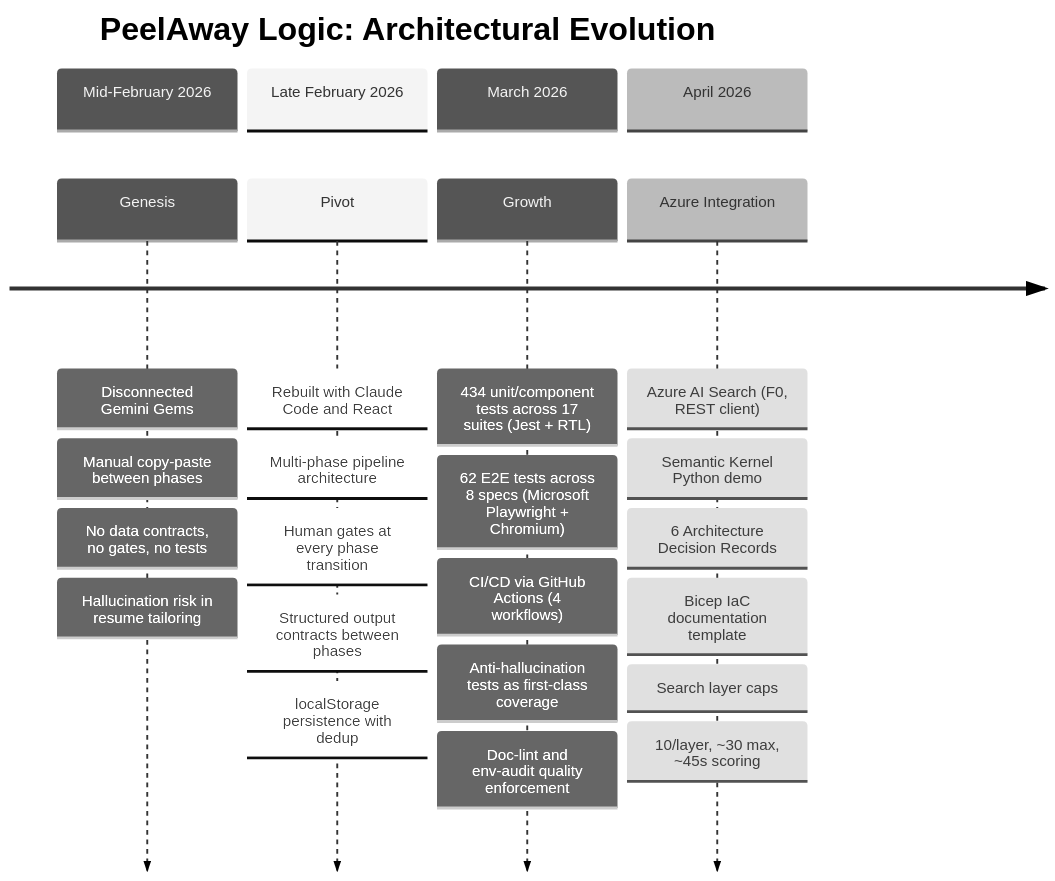
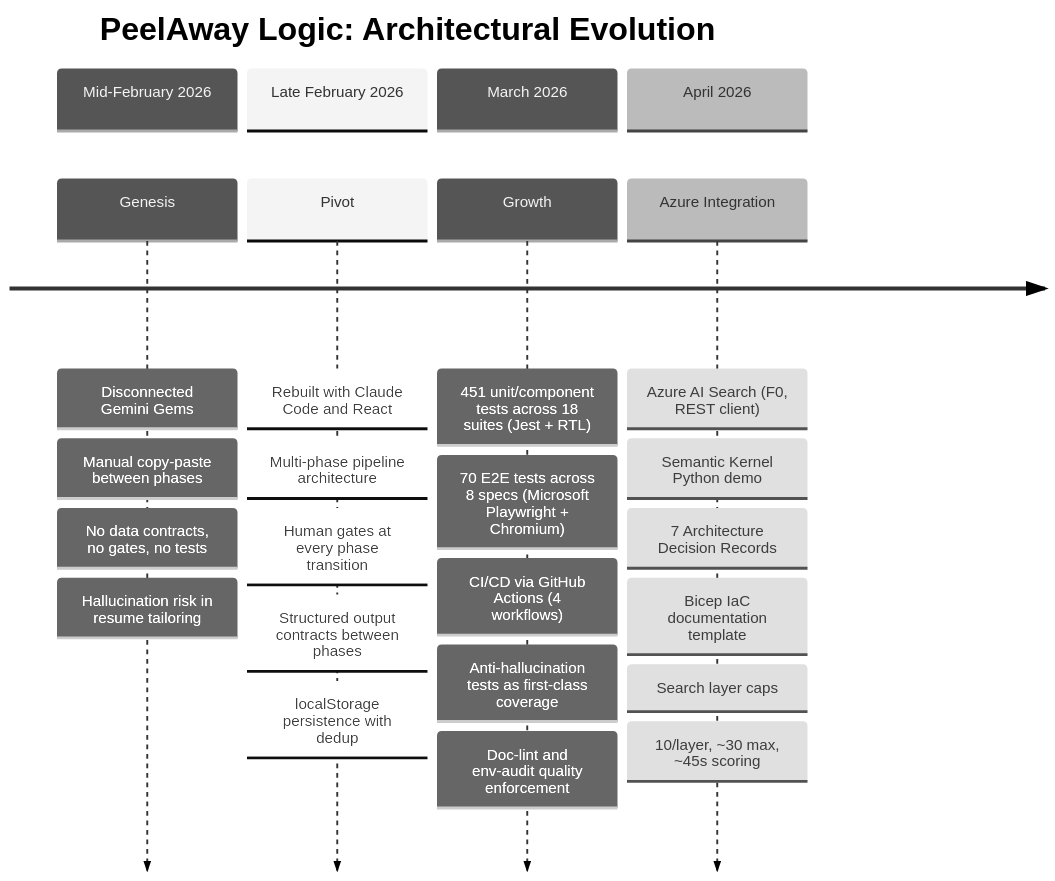
One commit to CarmenReed/AI-Claude-Code-Ecosystem changed the fifth of 5 diagrams in peelaway-logic/docs/architecture/ARCHITECTURE.md. Above: the diagram before and after it, drawn with Mermaid (neutral theme). The commit also changed other lines of this file and 9 other files, not shown here.

First line of the commit message:
docs(peelaway-logic): fix architecture audit findings and sync with actual repo

````diff
--- a/peelaway-logic/docs/architecture/ARCHITECTURE.md
+++ b/peelaway-logic/docs/architecture/ARCHITECTURE.md
@@ -142,27 +151,27 @@
 ```mermaid
 timeline
     title PeelAway Logic: Architectural Evolution
     section Mid-February 2026
         Genesis : Disconnected Gemini Gems
                 : Manual copy-paste between phases
                 : No data contracts, no gates, no tests
                 : Hallucination risk in resume tailoring
     section Late February 2026
         Pivot : Rebuilt with Claude Code and React
               : Multi-phase pipeline architecture
               : Human gates at every phase transition
               : Structured output contracts between phases
               : localStorage persistence with dedup
     section March 2026
-        Growth : 434 unit/component tests across 17 suites (Jest + RTL)
-               : 62 E2E tests across 8 specs (Microsoft Playwright + Chromium)
+        Growth : 451 unit/component tests across 18 suites (Jest + RTL)
+               : 70 E2E tests across 8 specs (Microsoft Playwright + Chromium)
                : CI/CD via GitHub Actions (4 workflows)
                : Anti-hallucination tests as first-class coverage
                : Doc-lint and env-audit quality enforcement
     section April 2026
         Azure Integration : Azure AI Search (F0, REST client)
                           : Semantic Kernel Python demo
-                          : 6 Architecture Decision Records
+                          : 7 Architecture Decision Records
                           : Bicep IaC documentation template
                           : Search layer caps: 10/layer, ~30 max, ~45s scoring
 ```
````
